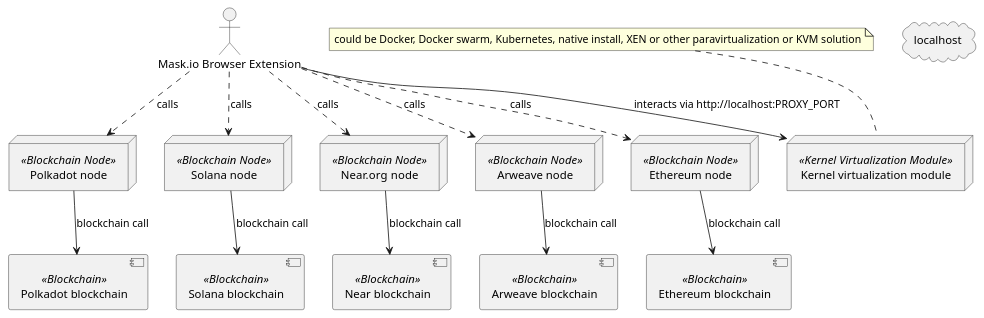
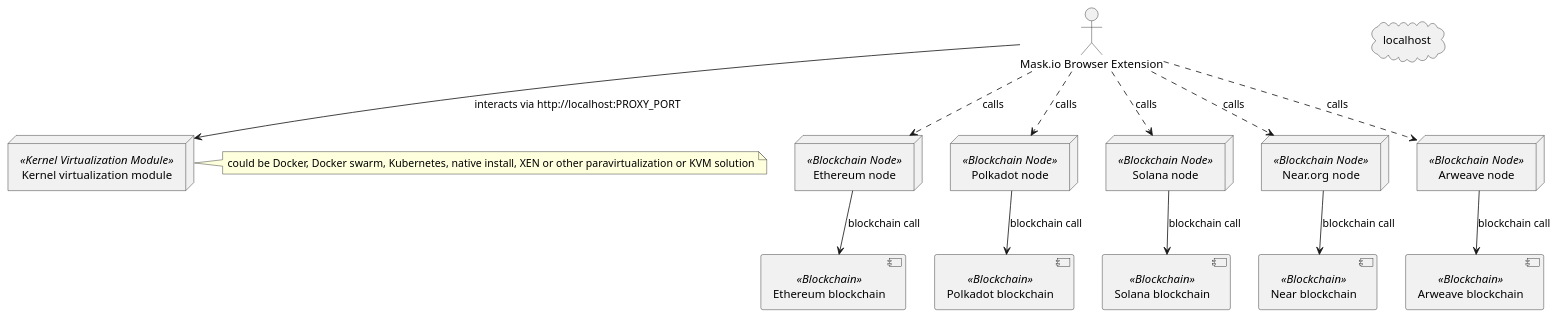
The first of 2 diagrams in SOLUTIONS.org (aahutsal/wcsidechain), drawn with PlantUML before and after one commit. The commit also changed other lines of this file and 2 other files, not shown here.

Commit message:
fixed note location on diagrams

```diff
--- a/SOLUTIONS.org
+++ b/SOLUTIONS.org
@@ -2,49 +2,49 @@
 #+begin_src plantuml :file ./docs/images/1.png :exports results
 together {
   "Mask.io Browser Extension" as BE
   "Ethereum node" as ETH
   "Polkadot node" as DOT
   "Solana node" as SOL
   "Near.org node" as NEAR
   "Arweave node" as AR
   "Kernel virtualization module" as KVM
 
 
   cloud "localhost" as localhost {
      node KVM <<Kernel Virtualization Module>> {
       BE --> KVM: interacts via http://localhost:PROXY_PORT
 
       node ETH << Blockchain Node >> {
       }
       node DOT << Blockchain Node >>  {
       }
       node SOL << Blockchain Node >>  {
       }
       node NEAR << Blockchain Node >>  {
       }
       node AR << Blockchain Node >>  {
       }
 
      BE ..> ETH: calls
      BE ..> DOT: calls
      BE ..> SOL: calls
      BE ..> NEAR: calls
      BE ..> AR: calls
 
      }
   }
     ETH  -->  [ETH_BLOCKCHAIN]: blockchain call
     DOT  -->  [DOT_BLOCKCHAIN]: blockchain call
     SOL  -->  [SOL_BLOCKCHAIN]: blockchain call
     NEAR -->  [NEAR_BLOCKCHAIN]: blockchain call
     AR   -->  [AR_BLOCKCHAIN]: blockchain call
 
    "Ethereum blockchain" as [ETH_BLOCKCHAIN]  <<Blockchain>>
    "Polkadot blockchain" as [DOT_BLOCKCHAIN]  <<Blockchain>>
    "Near blockchain" as [NEAR_BLOCKCHAIN]  <<Blockchain>>
    "Arweave blockchain" as [AR_BLOCKCHAIN]  <<Blockchain>>
    "Solana blockchain" as [SOL_BLOCKCHAIN]  <<Blockchain>>
 
-  note top of KVM: could be Docker, Docker swarm, Kubernetes, native install, XEN or other paravirtualization or KVM solution
+  note right of KVM: could be Docker, Docker swarm, Kubernetes, native install, XEN or other paravirtualization or KVM solution
 }
 #+end_src
```
